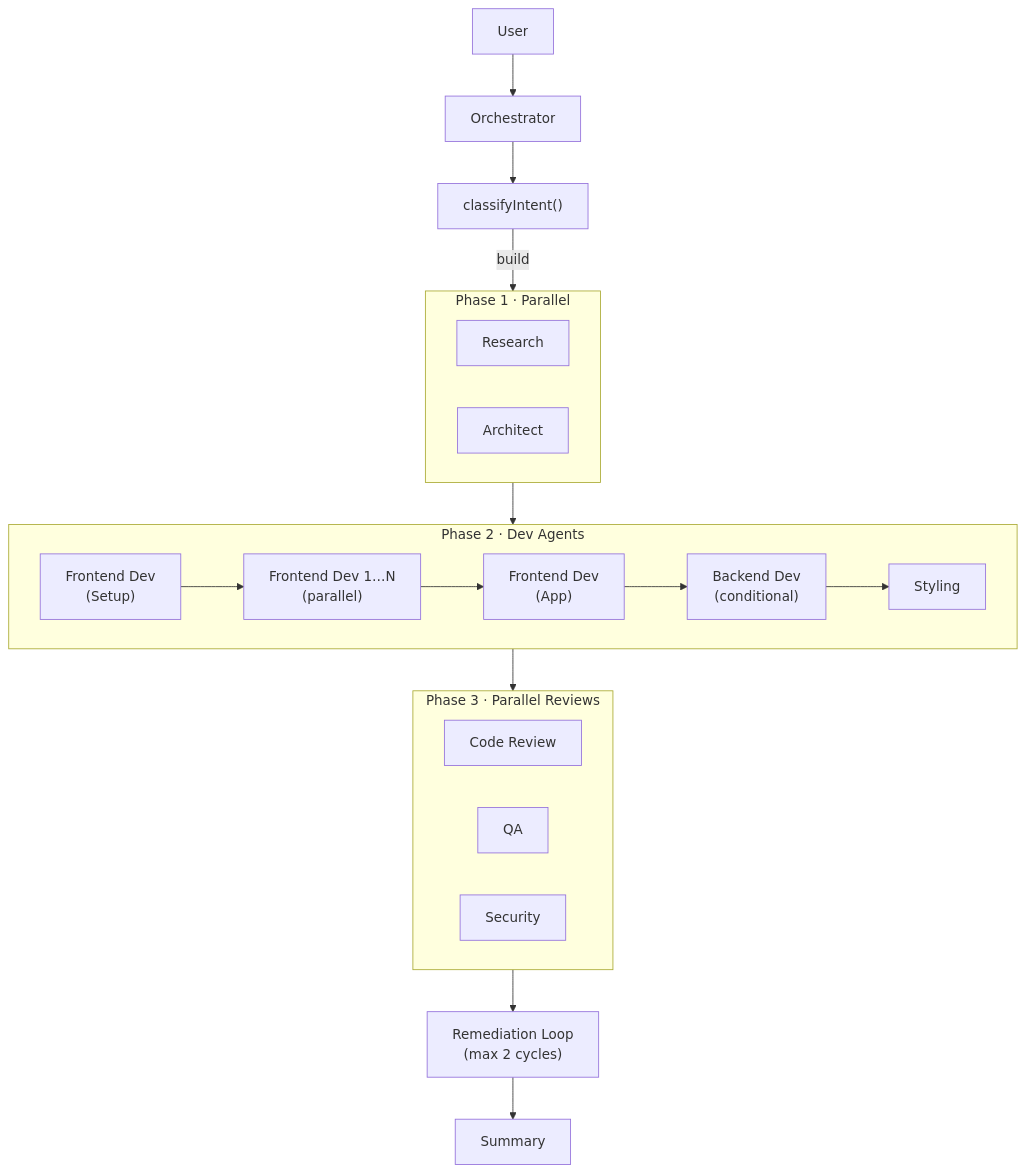
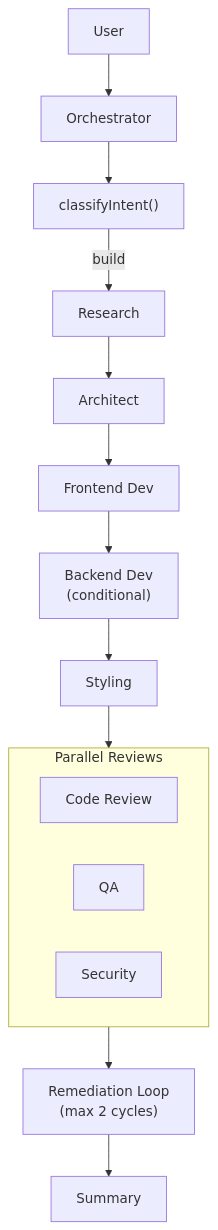
One commit to anthonybaldwin/page-gen changed the second of 3 diagrams in docs/adr/002-agent-architecture.md. Above: the diagram before and after it, drawn with Mermaid. The commit also changed other lines of this file and 6 other files, not shown here.

````diff
--- a/docs/adr/002-agent-architecture.md
+++ b/docs/adr/002-agent-architecture.md
@@ -36,30 +36,19 @@
 ```mermaid
 graph TD
   User --> Orch["Orchestrator"] --> Classify["classifyIntent()"]
-  Classify -->|build| P1
+  Classify -->|build| Research --> Architect
 
-  subgraph P1["Phase 1 · Parallel"]
-    direction LR
-    Research
-    Architect
-  end
+  Architect --> FD["Frontend Dev"] --> BD["Backend Dev\n(conditional)"] --> Styling
 
-  P1 --> P2
+  Styling --> P3
 
-  subgraph P2["Phase 2 · Dev Agents"]
-    Setup["Frontend Dev\n(Setup)"] --> FD["Frontend Dev 1…N\n(parallel)"] --> App["Frontend Dev\n(App)"]
-    App --> BD["Backend Dev\n(conditional)"] --> Styling
-  end
-
-  P2 --> P3
-
-  subgraph P3["Phase 3 · Parallel Reviews"]
+  subgraph P3["Parallel Reviews"]
     direction LR
     CR["Code Review"]
     QA
     Security
   end
 
   P3 --> Rem["Remediation Loop\n(max 2 cycles)"]
   Rem --> Summary
 ```
````
